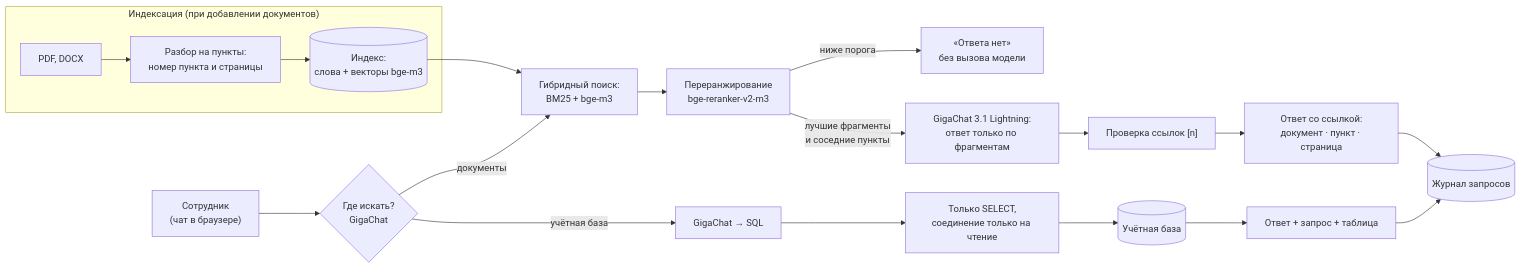
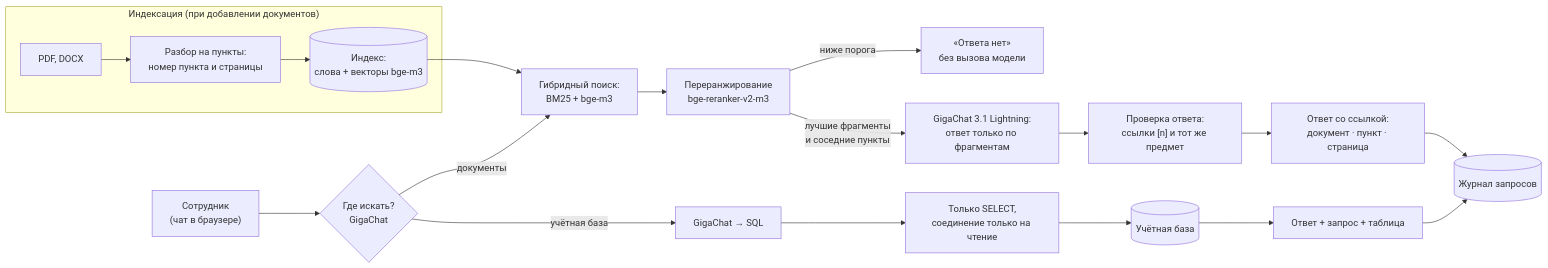
The diagram in README.md (imaO0O/acselerator), drawn with Mermaid before and after one commit. The commit also changed other lines of this file and 12 other files, not shown here.

````diff
--- a/README.md
+++ b/README.md
@@ -41,20 +48,20 @@
 ```mermaid
 flowchart LR
     subgraph IDX["Индексация (при добавлении документов)"]
         D["PDF, DOCX"] --> P["Разбор на пункты:<br/>номер пункта и страницы"] --> I[("Индекс:<br/>слова + векторы bge-m3")]
     end
     U["Сотрудник<br/>(чат в браузере)"] --> R{"Где искать?<br/>GigaChat"}
     R -->|документы| S["Гибридный поиск:<br/>BM25 + bge-m3"]
     I --> S
     S --> RR["Переранжирование<br/>bge-reranker-v2-m3"]
     RR -->|"ниже порога"| N["«Ответа нет»<br/>без вызова модели"]
     RR -->|"лучшие фрагменты<br/>и соседние пункты"| G["GigaChat 3.1 Lightning:<br/>ответ только по фрагментам"]
-    G --> V["Проверка ссылок [n]"]
+    G --> V["Проверка ответа:<br/>ссылки [n] и тот же предмет"]
     V --> A["Ответ со ссылкой:<br/>документ · пункт · страница"]
     R -->|учётная база| Q["GigaChat → SQL"]
     Q --> C["Только SELECT,<br/>соединение только на чтение"]
     C --> DB[("Учётная база")]
     DB --> A2["Ответ + запрос + таблица"]
     A --> L[("Журнал запросов")]
     A2 --> L
 ```
````
